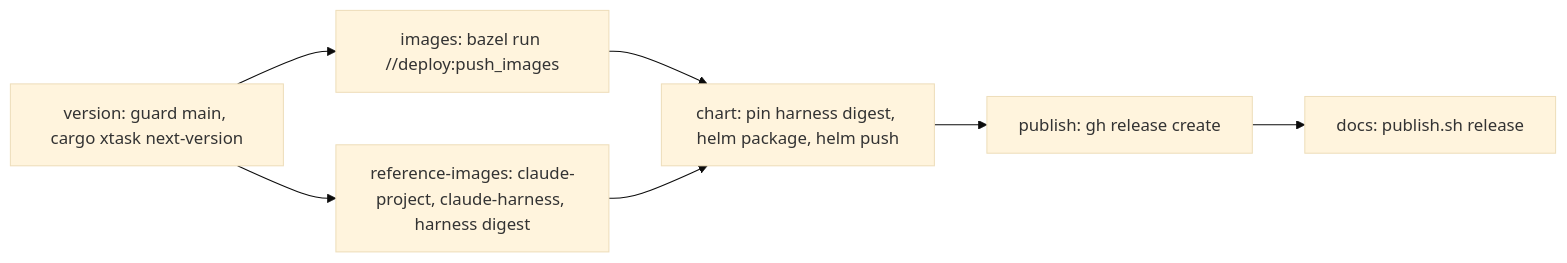
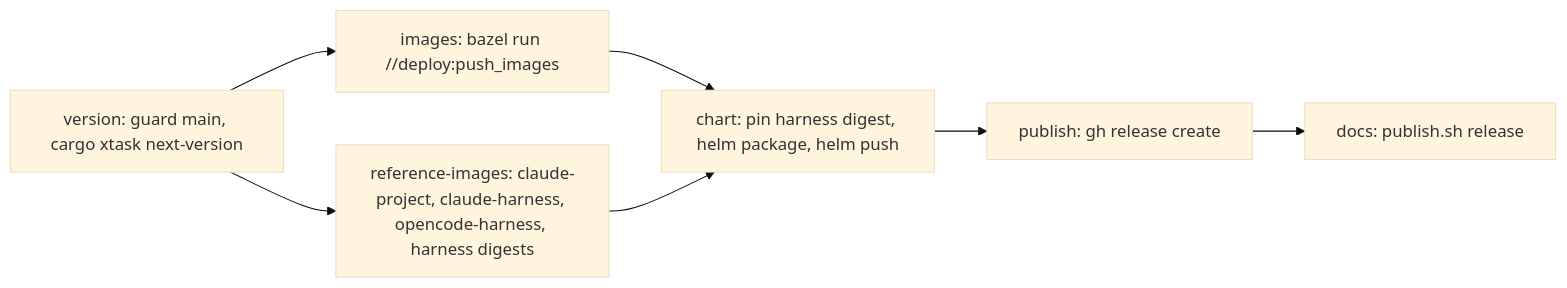
The diagram in docs/releasing.md (prskr/dark-factory), drawn with Mermaid (base theme) before and after one commit. The commit also changed other lines of this file and 111 other files, not shown here.

````diff
--- a/docs/releasing.md
+++ b/docs/releasing.md
@@ -23,9 +23,9 @@
 ```mermaid
 flowchart LR
   A[version: guard main, cargo xtask next-version] --> B[images: bazel run //deploy:push_images]
-  A --> C[reference-images: claude-project, claude-harness, harness digest]
+  A --> C[reference-images: claude-project, claude-harness, opencode-harness, harness digests]
   B --> D[chart: pin harness digest, helm package, helm push]
   C --> D
   D --> E[publish: gh release create]
   E --> F[docs: publish.sh release]
 ```
````
